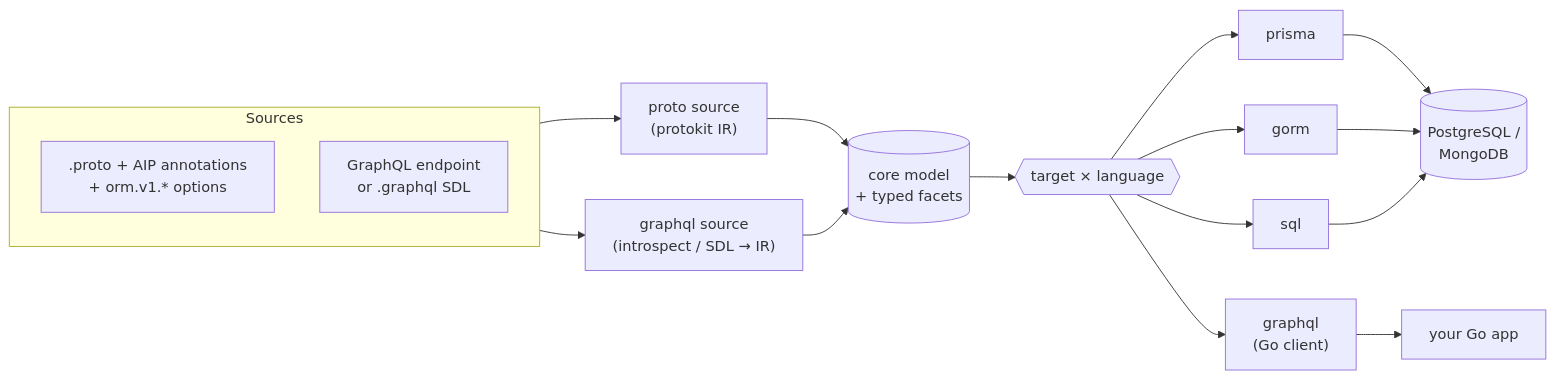
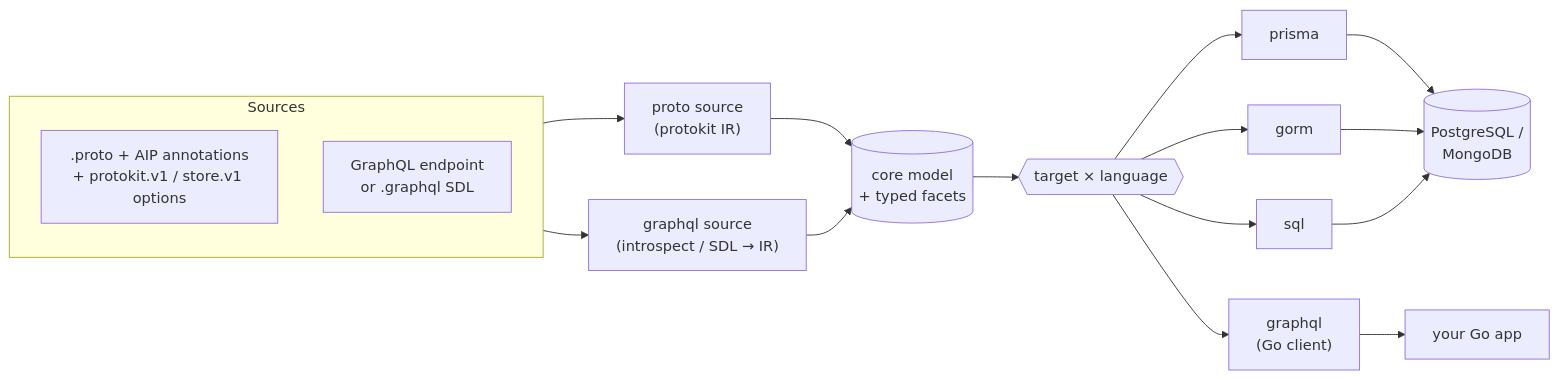
One commit to the-protobuf-project/store changed the first of 4 diagrams in README.md. Above: the diagram before and after it, drawn with Mermaid. The commit also changed other lines of this file and 24 other files, not shown here.

First line of the commit message:
Refactor proto files to migrate from orm.v1 to protokit.v1 and store.v1 annotations

````diff
--- a/README.md
+++ b/README.md
@@ -108,24 +108,24 @@
 ```mermaid
 flowchart LR
     subgraph Sources
         direction TB
-        P[".proto + AIP annotations<br/>+ orm.v1.* options"]
+        P[".proto + AIP annotations<br/>+ protokit.v1 / store.v1 options"]
         Q["GraphQL endpoint<br/>or .graphql SDL"]
     end
 
     P --> PS["proto source<br/>(protokit IR)"]
     Q --> QS["graphql source<br/>(introspect / SDL → IR)"]
     PS --> M[("core model<br/>+ typed facets")]
     QS --> M
 
     M --> T{{"target × language"}}
     T --> PR["prisma"]
     T --> GO["gorm"]
     T --> SQL["sql"]
     T --> GQL["graphql<br/>(Go client)"]
 
     PR --> DB[("PostgreSQL /<br/>MongoDB")]
     GO --> DB
     SQL --> DB
     GQL --> APP["your Go app"]
 ```
````
